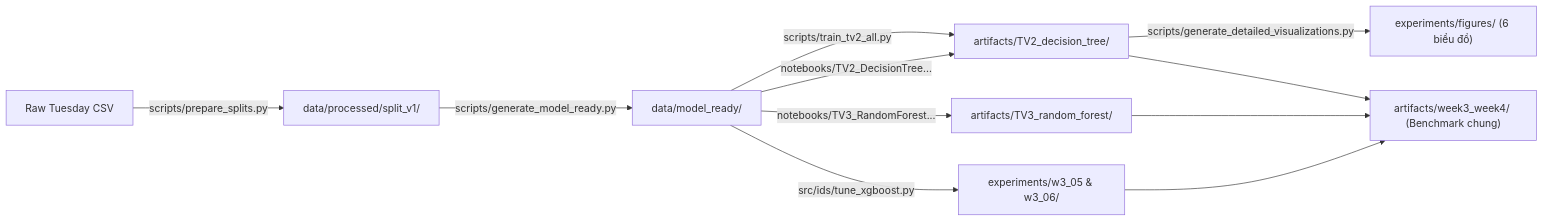
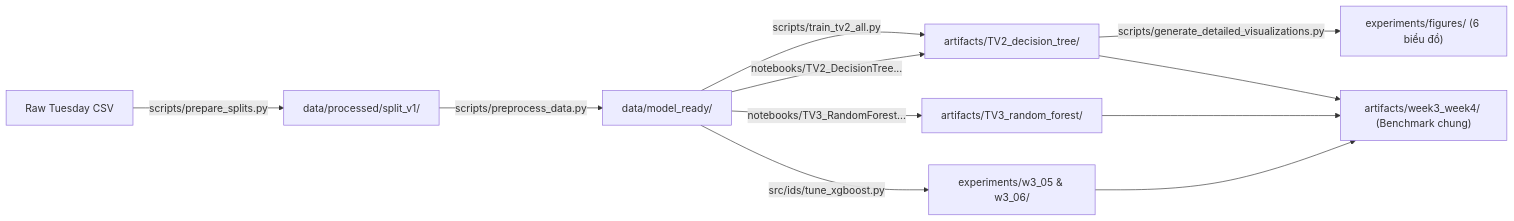
Before and after one commit to Duc-AnhTp/cicids-bruteforce-ids: the diagram in docs/CODE_MAP.md, drawn with Mermaid. The commit also changed other lines of this file and 27 other files, not shown here.

````diff
--- a/docs/CODE_MAP.md
+++ b/docs/CODE_MAP.md
@@ -74,13 +83,13 @@
 ```mermaid
 flowchart LR
     A["Raw Tuesday CSV"] -->|scripts/prepare_splits.py| B["data/processed/split_v1/"]
-    B -->|scripts/generate_model_ready.py| C["data/model_ready/"]
+    B -->|scripts/preprocess_data.py| C["data/model_ready/"]
     
     C -->|scripts/train_tv2_all.py| D1["artifacts/TV2_decision_tree/"]
     C -->|notebooks/TV2_DecisionTree...| D1
     C -->|notebooks/TV3_RandomForest...| D2["artifacts/TV3_random_forest/"]
     C -->|src/ids/tune_xgboost.py| D3["experiments/w3_05 & w3_06/"]
     
     D1 -->|scripts/generate_detailed_visualizations.py| E["experiments/figures/ (6 biểu đồ)"]
     D1 & D2 & D3 --> F["artifacts/week3_week4/ (Benchmark chung)"]
 ```
````
